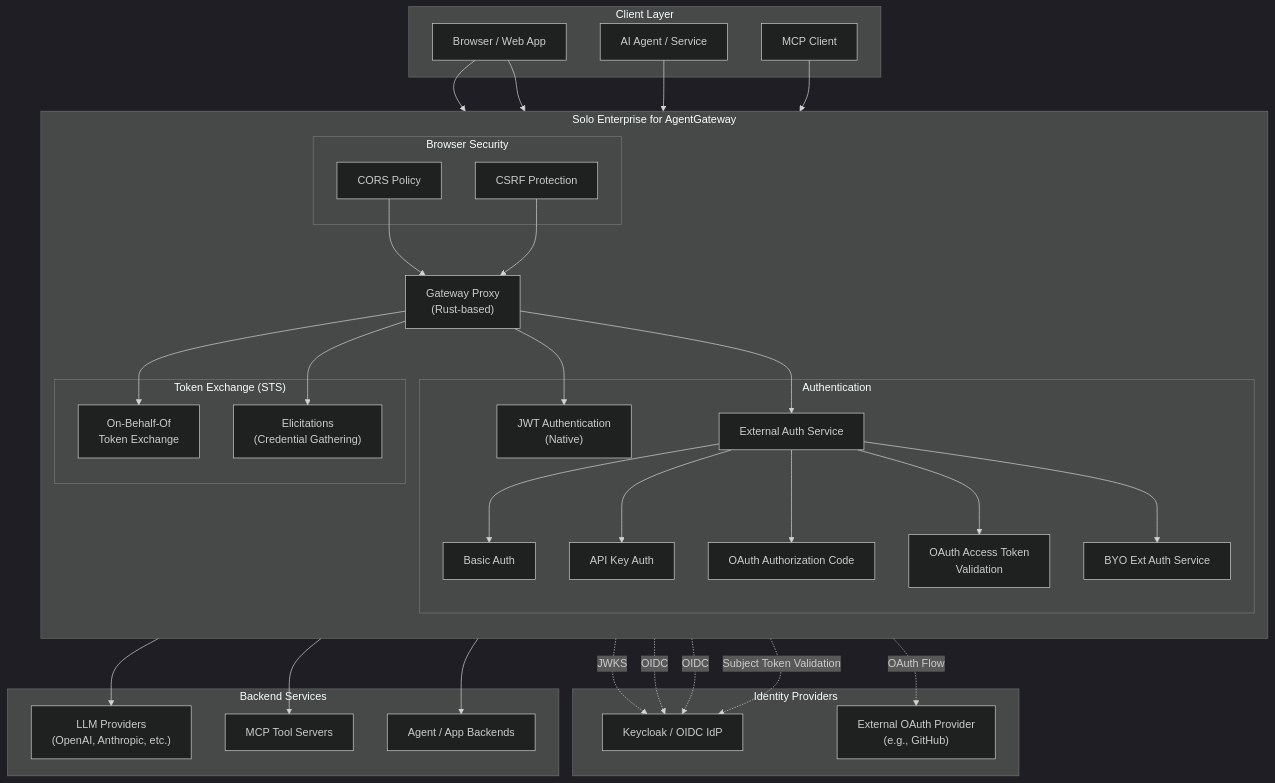
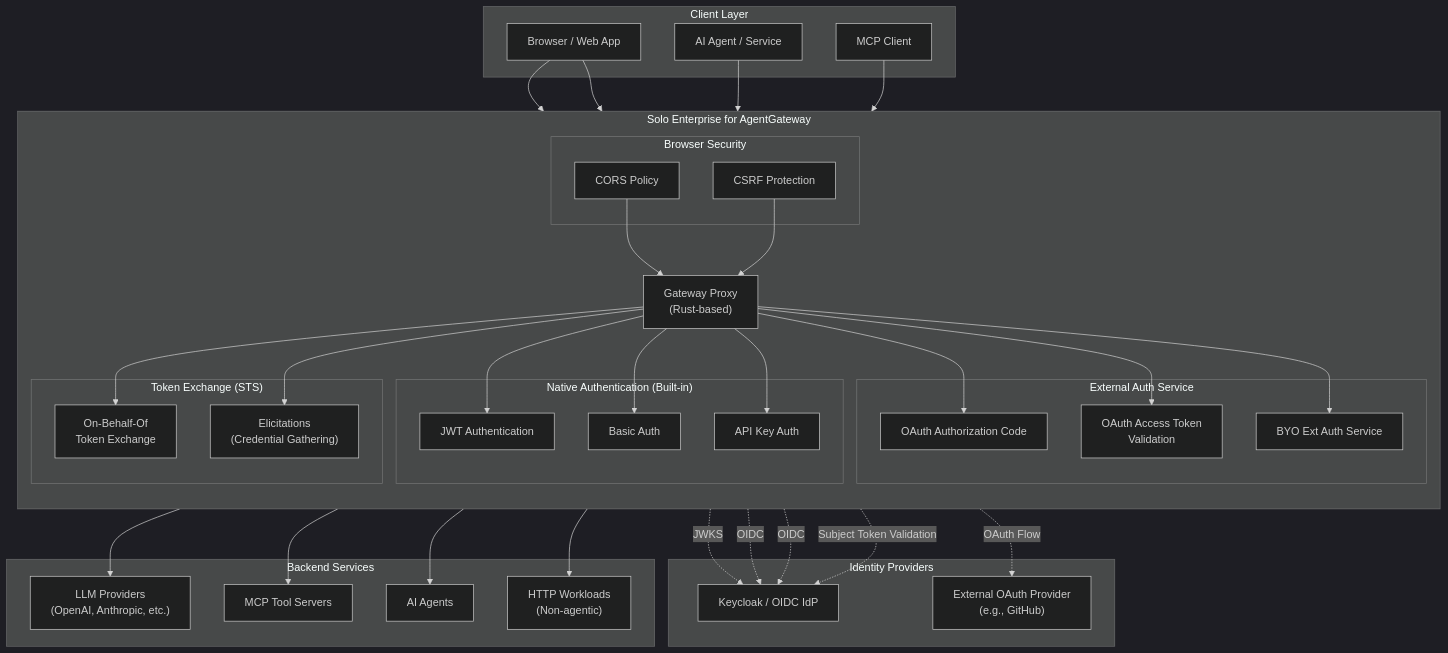
Before and after one commit to find-arka/diagrams: the first of 14 diagrams in agentgateway/security/README.md, drawn with Mermaid (dark theme). The commit also changed other lines of this file, not shown here.

Commit message:
Incorporate basic auth suggestions

````diff
--- a/agentgateway/security/README.md
+++ b/agentgateway/security/README.md
@@ -29,61 +29,64 @@
 ```mermaid
 graph TB
     subgraph Clients["Client Layer"]
         Browser["Browser / Web App"]
         Agent["AI Agent / Service"]
         MCP_Client["MCP Client"]
     end
 
     subgraph AGW["Solo Enterprise for AgentGateway"]
         direction TB
         GW["Gateway Proxy<br/>(Rust-based)"]
 
         subgraph BrowserSec["Browser Security"]
             CORS["CORS Policy"]
             CSRF["CSRF Protection"]
         end
 
-        subgraph AuthN["Authentication"]
-            JWT_Auth["JWT Authentication<br/>(Native)"]
-            ExtAuth["External Auth Service"]
+        subgraph NativeAuthN["Native Authentication (Built-in)"]
+            JWT_Auth["JWT Authentication"]
             BasicAuth["Basic Auth"]
             APIKey["API Key Auth"]
+        end
+
+        subgraph ExtAuthN["External Auth Service"]
             OAuth_AC["OAuth Authorization Code"]
             OAuth_AT["OAuth Access Token<br/>Validation"]
             BYO["BYO Ext Auth Service"]
         end
 
         subgraph TokenExchange["Token Exchange (STS)"]
             OBO["On-Behalf-Of<br/>Token Exchange"]
             Elicit["Elicitations<br/>(Credential Gathering)"]
         end
     end
 
     subgraph IdPs["Identity Providers"]
         Keycloak["Keycloak / OIDC IdP"]
         ExtOAuth["External OAuth Provider<br/>(e.g., GitHub)"]
     end
 
     subgraph Backends["Backend Services"]
         LLM["LLM Providers<br/>(OpenAI, Anthropic, etc.)"]
         MCP_Server["MCP Tool Servers"]
-        AgentBackend["Agent / App Backends"]
+        AgentBackend["AI Agents"]
+        HTTPWorkload["HTTP Workloads<br/>(Non-agentic)"]
     end
 
     Browser --> CORS & CSRF
     CORS & CSRF --> GW
     Agent --> GW
     MCP_Client --> GW
 
-    GW --> JWT_Auth & ExtAuth
-    ExtAuth --> BasicAuth & APIKey & OAuth_AC & OAuth_AT & BYO
+    GW --> JWT_Auth & BasicAuth & APIKey
+    GW --> OAuth_AC & OAuth_AT & BYO
     GW --> OBO & Elicit
 
     JWT_Auth -.->|JWKS| Keycloak
     OAuth_AC -.->|OIDC| Keycloak
     OAuth_AT -.->|OIDC| Keycloak
     OBO -.->|Subject Token Validation| Keycloak
     Elicit -.->|OAuth Flow| ExtOAuth
 
-    GW --> LLM & MCP_Server & AgentBackend
+    GW --> LLM & MCP_Server & AgentBackend & HTTPWorkload
 ```
````
